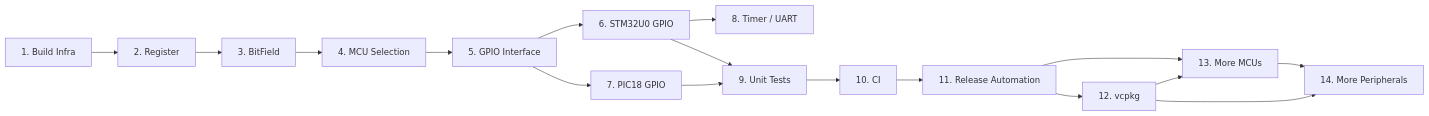
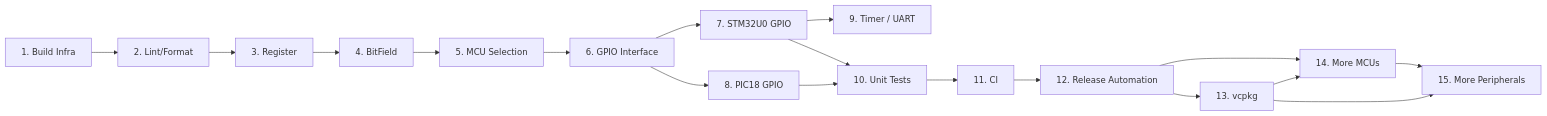
The fourth of 13 diagrams in docs/plan.md (grahame-org/ohal), drawn with Mermaid before and after one commit. The commit also changed other lines of this file and 14 other files, not shown here.

````diff
--- a/docs/plan.md
+++ b/docs/plan.md
@@ -335,19 +343,20 @@
 ```mermaid
 graph LR
-    S1[1. Build Infra] --> S2[2. Register]
-    S2 --> S3[3. BitField]
-    S3 --> S4[4. MCU Selection]
-    S4 --> S5[5. GPIO Interface]
-    S5 --> S6[6. STM32U0 GPIO]
-    S5 --> S7[7. PIC18 GPIO]
-    S6 --> S8[8. Timer / UART]
-    S6 --> S9[9. Unit Tests]
-    S7 --> S9
-    S9 --> S10[10. CI]
-    S10 --> S11[11. Release Automation]
-    S11 --> S12[12. vcpkg]
-    S11 --> S13[13. More MCUs]
-    S12 --> S13
-    S13 --> S14[14. More Peripherals]
-    S12 --> S14
+    S1[1. Build Infra] --> S2[2. Lint/Format]
+    S2 --> S3[3. Register]
+    S3 --> S4[4. BitField]
+    S4 --> S5[5. MCU Selection]
+    S5 --> S6[6. GPIO Interface]
+    S6 --> S7[7. STM32U0 GPIO]
+    S6 --> S8[8. PIC18 GPIO]
+    S7 --> S9[9. Timer / UART]
+    S7 --> S10[10. Unit Tests]
+    S8 --> S10
+    S10 --> S11[11. CI]
+    S11 --> S12[12. Release Automation]
+    S12 --> S13[13. vcpkg]
+    S12 --> S14[14. More MCUs]
+    S13 --> S14
+    S14 --> S15[15. More Peripherals]
+    S13 --> S15
 ```
````
